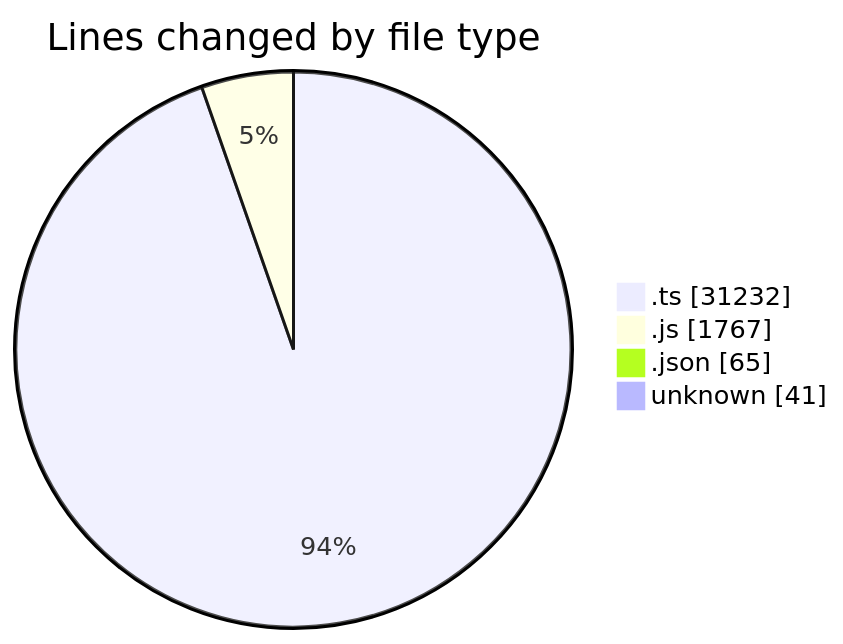
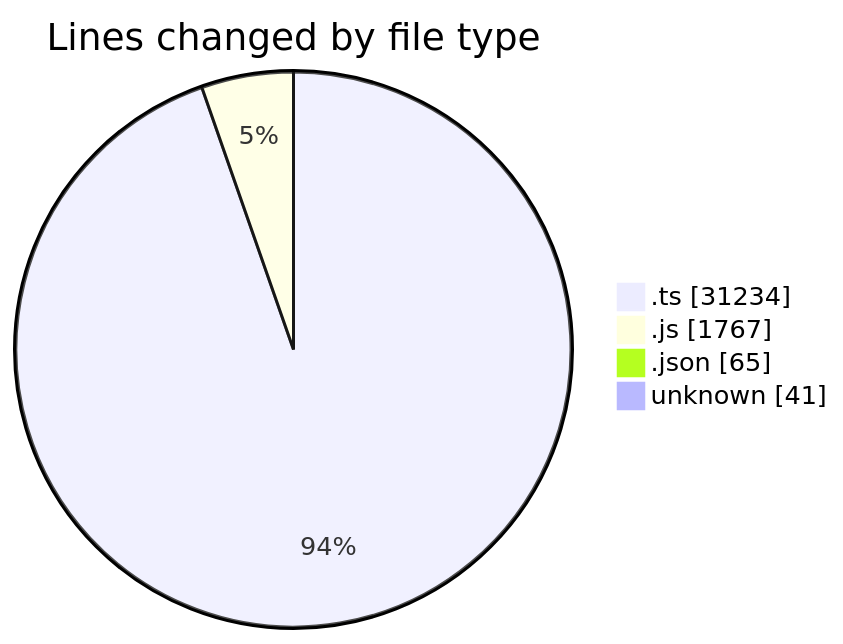
The first of 2 diagrams in 2025-07-31/cda/README.md (momahboobian/code-tracking), drawn with Mermaid before and after one commit. The commit also changed other lines of this file and 1 other file, not shown here.

````diff
--- a/2025-07-31/cda/README.md
+++ b/2025-07-31/cda/README.md
@@ -26,8 +26,8 @@
 ```mermaid
 pie showData
 title Lines changed by file type
-".ts" : 31232
+".ts" : 31234
 ".js" : 1767
 ".json" : 65
 "unknown" : 41
 ```
````
